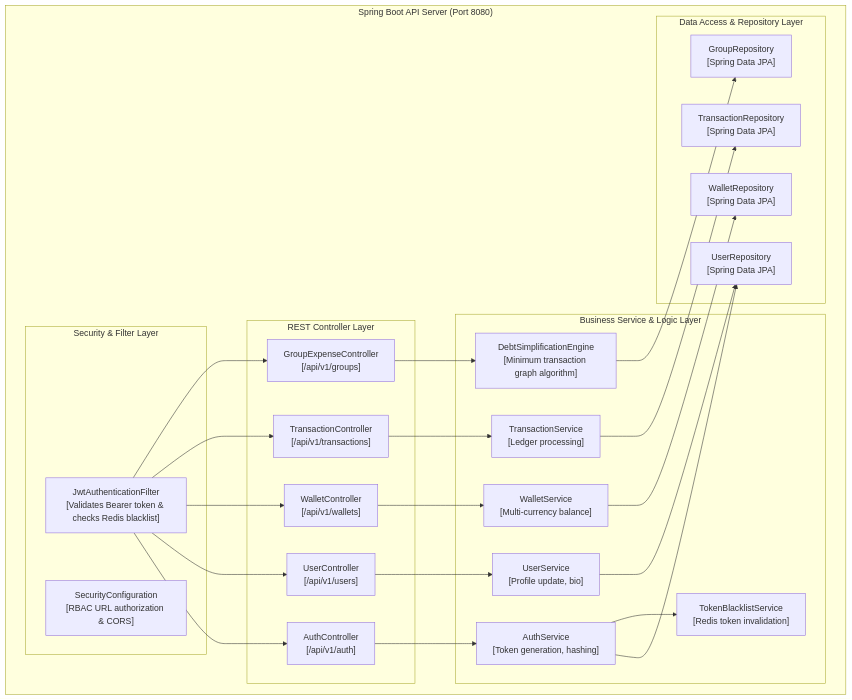
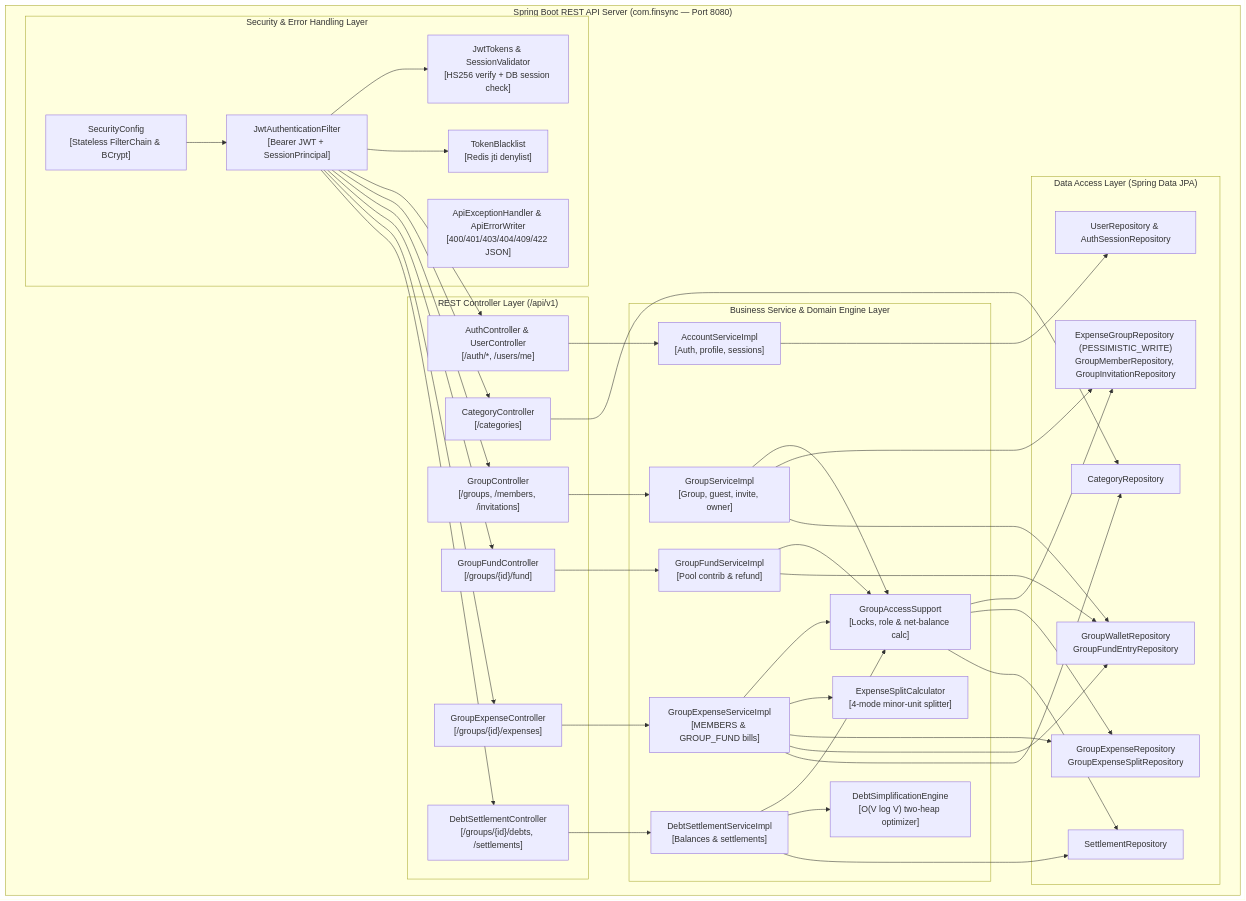
Before and after one commit to pdtLong2929/FinSync: the third of 5 diagrams in PA/PA4/report.md, drawn with Mermaid. The commit also changed other lines of this file, not shown here.

Commit message:
docs(pa4): complete C4 L2/L3 backend architecture and Flyway sections

````diff
--- a/PA/PA4/report.md
+++ b/PA/PA4/report.md
@@ -236,52 +235,77 @@
 ```mermaid
 flowchart TD
-    subgraph SpringBootApp["Spring Boot API Server (Port 8080)"]
-        subgraph SecurityLayer["Security & Filter Layer"]
-            JwtFilter["JwtAuthenticationFilter<br/>[Validates Bearer token & checks Redis blacklist]"]
-            SecConfig["SecurityConfiguration<br/>[RBAC URL authorization & CORS]"]
+    subgraph SpringBootApp["Spring Boot REST API Server (com.finsync — Port 8080)"]
+        subgraph SecurityErrorLayer["Security & Error Handling Layer"]
+            SecConfig["SecurityConfig<br/>[Stateless FilterChain & BCrypt]"]
+            JwtFilter["JwtAuthenticationFilter<br/>[Bearer JWT + SessionPrincipal]"]
+            TokenSvc["JwtTokens & SessionValidator<br/>[HS256 verify + DB session check]"]
+            Blacklist["TokenBlacklist<br/>[Redis jti denylist]"]
+            ExHandler["ApiExceptionHandler & ApiErrorWriter<br/>[400/401/403/404/409/422 JSON]"]
         end
 
-        subgraph ControllerLayer["REST Controller Layer"]
-            AuthController["AuthController<br/>[/api/v1/auth]"]
-            UserController["UserController<br/>[/api/v1/users]"]
-            WalletController["WalletController<br/>[/api/v1/wallets]"]
-            TxController["TransactionController<br/>[/api/v1/transactions]"]
-            GroupController["GroupExpenseController<br/>[/api/v1/groups]"]
+        subgraph ControllerLayer["REST Controller Layer (/api/v1)"]
+            AuthCtrl["AuthController & UserController<br/>[/auth/*, /users/me]"]
+            CatCtrl["CategoryController<br/>[/categories]"]
+            GrpCtrl["GroupController<br/>[/groups, /members, /invitations]"]
+            FundCtrl["GroupFundController<br/>[/groups/{id}/fund]"]
+            ExpCtrl["GroupExpenseController<br/>[/groups/{id}/expenses]"]
+            SettleCtrl["DebtSettlementController<br/>[/groups/{id}/debts, /settlements]"]
         end
 
-        subgraph ServiceLayer["Business Service & Logic Layer"]
-            AuthService["AuthService<br/>[Token generation, hashing]"]
-            UserService["UserService<br/>[Profile update, bio]"]
-            WalletService["WalletService<br/>[Multi-currency balance]"]
-            TxService["TransactionService<br/>[Ledger processing]"]
-            DebtEngine["DebtSimplificationEngine<br/>[Minimum transaction graph algorithm]"]
-            BlacklistService["TokenBlacklistService<br/>[Redis token invalidation]"]
+        subgraph ServiceLayer["Business Service & Domain Engine Layer"]
+            AccSvc["AccountServiceImpl<br/>[Auth, profile, sessions]"]
+            GrpSvc["GroupServiceImpl<br/>[Group, guest, invite, owner]"]
+            FundSvc["GroupFundServiceImpl<br/>[Pool contrib & refund]"]
+            ExpSvc["GroupExpenseServiceImpl<br/>[MEMBERS & GROUP_FUND bills]"]
+            SettleSvc["DebtSettlementServiceImpl<br/>[Balances & settlements]"]
+            AccessSup["GroupAccessSupport<br/>[Locks, role & net-balance calc]"]
+            SplitCalc["ExpenseSplitCalculator<br/>[4-mode minor-unit splitter]"]
+            DebtEngine["DebtSimplificationEngine<br/>[O(V log V) two-heap optimizer]"]
         end
 
-        subgraph RepositoryLayer["Data Access & Repository Layer"]
-            UserRepo["UserRepository<br/>[Spring Data JPA]"]
-            WalletRepo["WalletRepository<br/>[Spring Data JPA]"]
-            TxRepo["TransactionRepository<br/>[Spring Data JPA]"]
-            GroupRepo["GroupRepository<br/>[Spring Data JPA]"]
+        subgraph RepositoryLayer["Data Access Layer (Spring Data JPA)"]
+            AccRepos["UserRepository & AuthSessionRepository"]
+            CatRepo["CategoryRepository"]
+            GrpRepos["ExpenseGroupRepository (PESSIMISTIC_WRITE)<br/>GroupMemberRepository, GroupInvitationRepository"]
+            FundRepos["GroupWalletRepository<br/>GroupFundEntryRepository"]
+            ExpRepos["GroupExpenseRepository<br/>GroupExpenseSplitRepository"]
+            SettleRepo["SettlementRepository"]
         end
     end
 
-    JwtFilter --> AuthController
-    JwtFilter --> UserController
-    JwtFilter --> WalletController
-    JwtFilter --> TxController
-    JwtFilter --> GroupController
+    JwtFilter --> TokenSvc
+    JwtFilter --> Blacklist
+    SecConfig --> JwtFilter
+    JwtFilter --> AuthCtrl
+    JwtFilter --> CatCtrl
+    JwtFilter --> GrpCtrl
+    JwtFilter --> FundCtrl
+    JwtFilter --> ExpCtrl
+    JwtFilter --> SettleCtrl
 
-    AuthController --> AuthService
-    UserController --> UserService
-    WalletController --> WalletService
-    TxController --> TxService
-    GroupController --> DebtEngine
+    AuthCtrl --> AccSvc
+    GrpCtrl --> GrpSvc
+    FundCtrl --> FundSvc
+    ExpCtrl --> ExpSvc
+    SettleCtrl --> SettleSvc
 
-    AuthService --> UserRepo
-    AuthService --> BlacklistService
-    UserService --> UserRepo
-    WalletService --> WalletRepo
-    TxService --> TxRepo
-    DebtEngine --> GroupRepo
+    GrpSvc --> AccessSup
+    FundSvc --> AccessSup
+    ExpSvc --> AccessSup
+    ExpSvc --> SplitCalc
+    SettleSvc --> AccessSup
+    SettleSvc --> DebtEngine
+
+    AccSvc --> AccRepos
+    CatCtrl --> CatRepo
+    GrpSvc --> GrpRepos
+    GrpSvc --> FundRepos
+    FundSvc --> FundRepos
+    ExpSvc --> ExpRepos
+    ExpSvc --> FundRepos
+    ExpSvc --> CatRepo
+    SettleSvc --> SettleRepo
+    AccessSup --> GrpRepos
+    AccessSup --> ExpRepos
+    AccessSup --> SettleRepo
 ```
````
